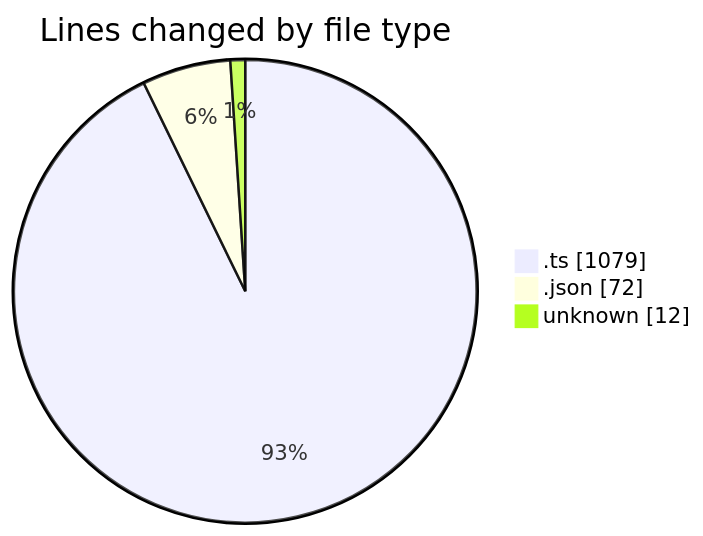
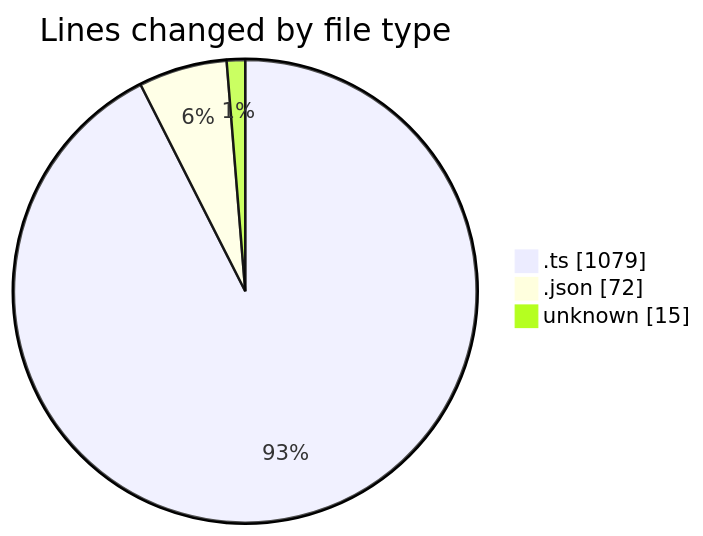
Before and after one commit to lephambinh05/code-tracking: the first of 2 diagrams in 2025-09-10/hiai-phf/README.md, drawn with Mermaid. The commit also changed other lines of this file and 1 other file, not shown here.

````diff
--- a/2025-09-10/hiai-phf/README.md
+++ b/2025-09-10/hiai-phf/README.md
@@ -25,7 +25,7 @@
 ```mermaid
 pie showData
 title Lines changed by file type
 ".ts" : 1079
 ".json" : 72
-"unknown" : 12
+"unknown" : 15
 ```
````
